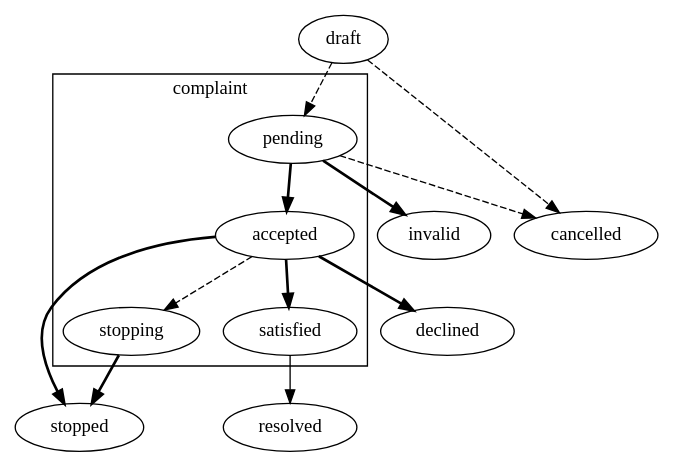
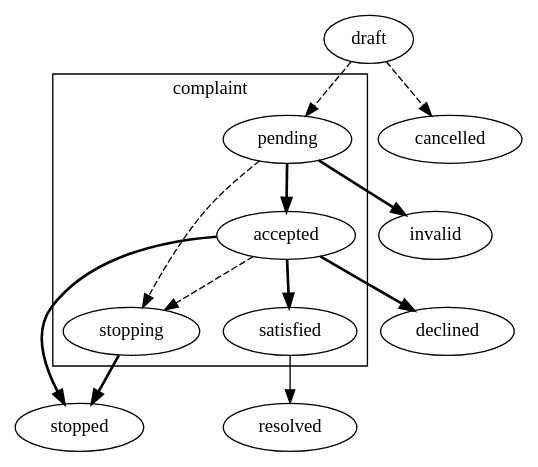
The diagram in docs/source/complaints.rst (ProzorroUKR/openprocurement.api), drawn with Graphviz before and after one commit. The commit also changed 22 other files, not shown here.

Commit message:
Complaints: pending=>stopping

```diff
--- a/docs/source/complaints.rst
+++ b/docs/source/complaints.rst
@@ -18,17 +18,16 @@
 .. graphviz::
 
     digraph G {
         subgraph cluster_complaint {
             label = "complaint";
             pending; accepted; stopping; satisfied;
         }
         satisfied -> resolved;
         edge[style=dashed];
-        draft -> pending;
-        {draft,pending} -> cancelled; 
-        accepted -> stopping;
+        draft -> {pending,cancelled}; 
+        {pending,accepted} -> stopping;
         edge[style=bold];
         pending -> {accepted,invalid};
         stopping -> stopped;
         accepted -> {declined,satisfied,stopped};
     }
```
